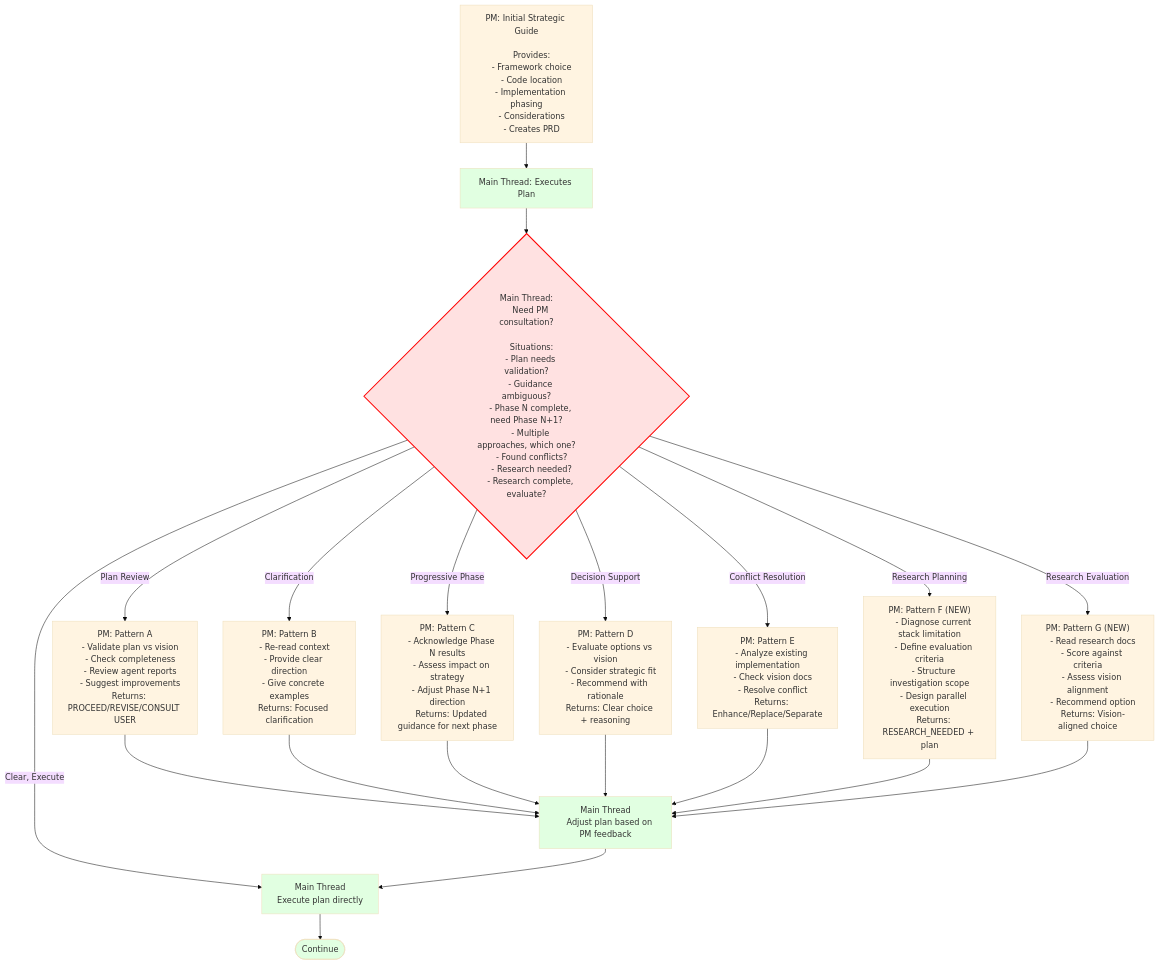
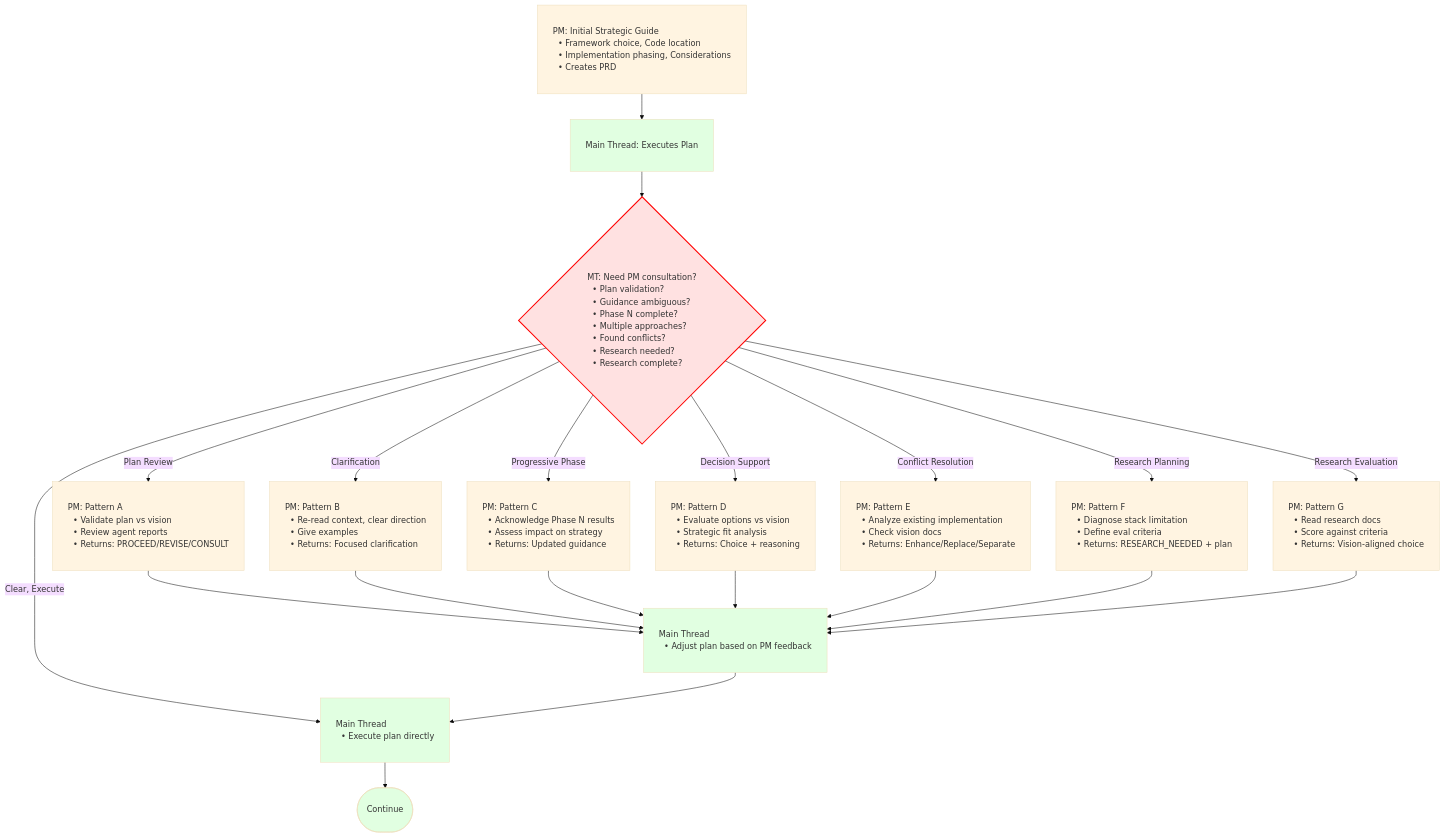
One commit to QUUS-TheSmallCodeTeam/theia-fork changed diagram 13 of 31 in AGENT_SWARM_FLOW_VISUAL.md. Above: the diagram before and after it, drawn with Mermaid (base theme). The commit also changed other lines of this file, not shown here.

First line of the commit message:
feat: redesign all mermaid diagrams with vertical flow and left-aligned text

````diff
--- a/AGENT_SWARM_FLOW_VISUAL.md
+++ b/AGENT_SWARM_FLOW_VISUAL.md
@@ -1359,78 +1153,64 @@
 ```mermaid
 flowchart TD
+    classDef wideBox padding:12px 20px,text-align:left,white-space:pre;
+    classDef wideDecision padding:12px 20px,text-align:left,white-space:pre;
+
     Initial["PM: Initial Strategic Guide
+  • Framework choice, Code location
+  • Implementation phasing, Considerations
+  • Creates PRD"]:::wideBox
 
-    Provides:
-    - Framework choice
-    - Code location
-    - Implementation phasing
-    - Considerations
-    - Creates PRD"]
+    --> MT["Main Thread: Executes Plan"]:::wideBox
 
-    --> MT["Main Thread: Executes Plan"]
-
-    --> Need{"Main Thread:
-    Need PM consultation?
-
-    Situations:
-    - Plan needs validation?
-    - Guidance ambiguous?
-    - Phase N complete, need Phase N+1?
-    - Multiple approaches, which one?
-    - Found conflicts?
-    - Research needed?
-    - Research complete, evaluate?"}
+    --> Need{"MT: Need PM consultation?
+  • Plan validation?
+  • Guidance ambiguous?
+  • Phase N complete?
+  • Multiple approaches?
+  • Found conflicts?
+  • Research needed?
+  • Research complete?"}:::wideDecision
 
     Need -->|Plan Review| PM1["PM: Pattern A
-    - Validate plan vs vision
-    - Check completeness
-    - Review agent reports
-    - Suggest improvements
-    Returns: PROCEED/REVISE/CONSULT USER"]
+  • Validate plan vs vision
+  • Review agent reports
+  • Returns: PROCEED/REVISE/CONSULT"]:::wideBox
 
     Need -->|Clarification| PM2["PM: Pattern B
-    - Re-read context
-    - Provide clear direction
-    - Give concrete examples
-    Returns: Focused clarification"]
+  • Re-read context, clear direction
+  • Give examples
+  • Returns: Focused clarification"]:::wideBox
 
     Need -->|Progressive Phase| PM3["PM: Pattern C
-    - Acknowledge Phase N results
-    - Assess impact on strategy
-    - Adjust Phase N+1 direction
-    Returns: Updated guidance for next phase"]
+  • Acknowledge Phase N results
+  • Assess impact on strategy
+  • Returns: Updated guidance"]:::wideBox
 
     Need -->|Decision Support| PM4["PM: Pattern D
-    - Evaluate options vs vision
-    - Consider strategic fit
-    - Recommend with rationale
-    Returns: Clear choice + reasoning"]
+  • Evaluate options vs vision
+  • Strategic fit analysis
+  • Returns: Choice + reasoning"]:::wideBox
 
     Need -->|Conflict Resolution| PM5["PM: Pattern E
-    - Analyze existing implementation
-    - Check vision docs
-    - Resolve conflict
-    Returns: Enhance/Replace/Separate"]
+  • Analyze existing implementation
+  • Check vision docs
+  • Returns: Enhance/Replace/Separate"]:::wideBox
 
-    Need -->|Research Planning| PM6["PM: Pattern F (NEW)
-    - Diagnose current stack limitation
-    - Define evaluation criteria
-    - Structure investigation scope
-    - Design parallel execution
-    Returns: RESEARCH_NEEDED + plan"]
+    Need -->|Research Planning| PM6["PM: Pattern F
+  • Diagnose stack limitation
+  • Define eval criteria
+  • Returns: RESEARCH_NEEDED + plan"]:::wideBox
 
-    Need -->|Research Evaluation| PM7["PM: Pattern G (NEW)
-    - Read research docs
-    - Score against criteria
-    - Assess vision alignment
-    - Recommend option
-    Returns: Vision-aligned choice"]
+    Need -->|Research Evaluation| PM7["PM: Pattern G
+  • Read research docs
+  • Score against criteria
+  • Returns: Vision-aligned choice"]:::wideBox
 
     Need -->|Clear, Execute| Exec["Main Thread
-    Execute plan directly"]
+  • Execute plan directly"]:::wideBox
 
     PM1 --> Adjust["Main Thread
-    Adjust plan based on PM feedback"]
+  • Adjust plan based on PM feedback"]:::wideBox
     PM2 --> Adjust
     PM3 --> Adjust
     PM4 --> Adjust
@@ -1439,7 +1219,7 @@
     PM7 --> Adjust
 
     Adjust --> Exec
-    Exec --> Continue([Continue])
+    Exec --> Continue([Continue]):::wideBox
 
     style Initial fill:#fff4e1
     style Need fill:#ffe1e1,stroke:#ff0000,stroke-width:2px
````
